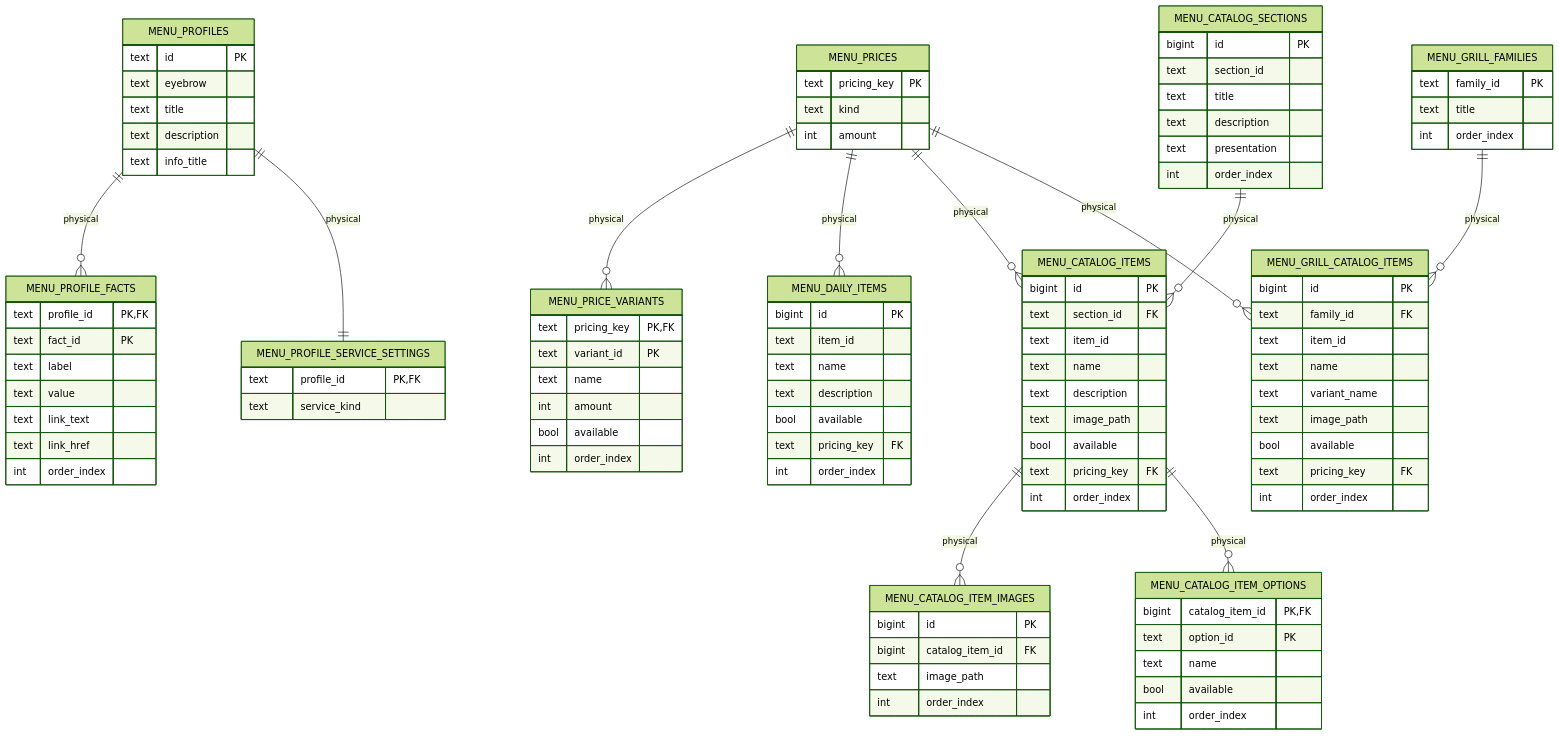
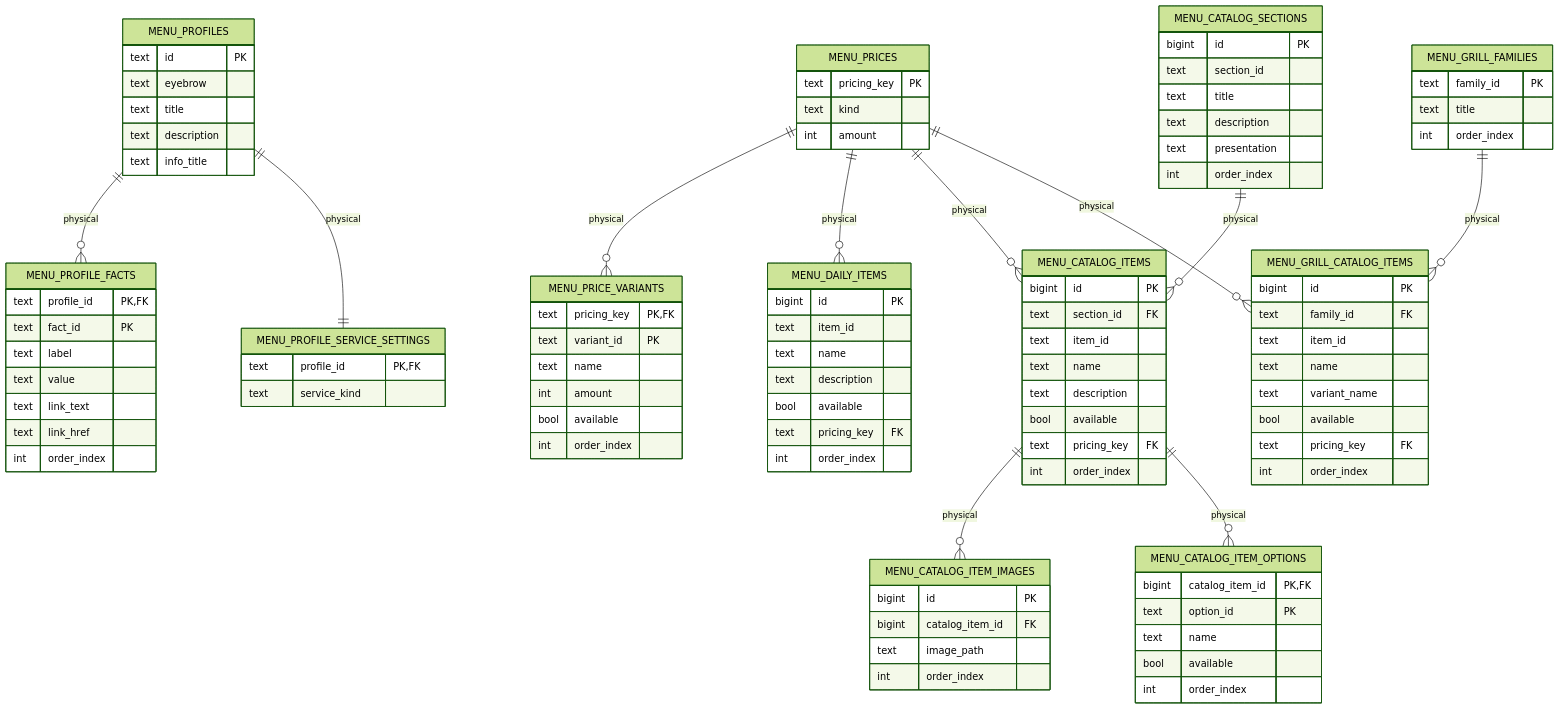
Before and after one commit to materamos/ElFaraonCatering: the second of 3 diagrams in docs/supabase/schema-diagram.md, drawn with Mermaid (forest theme). The commit also changed other lines of this file and 18 other files, not shown here.

```diff
--- a/docs/supabase/schema-diagram.md
+++ b/docs/supabase/schema-diagram.md
@@ -114,7 +114,6 @@
     text item_id
     text name
     text description
-    text image_path
     bool available
     text pricing_key FK
     int order_index
@@ -147,7 +146,6 @@
     text item_id
     text name
     text variant_name
-    text image_path
     bool available
     text pricing_key FK
     int order_index
```
